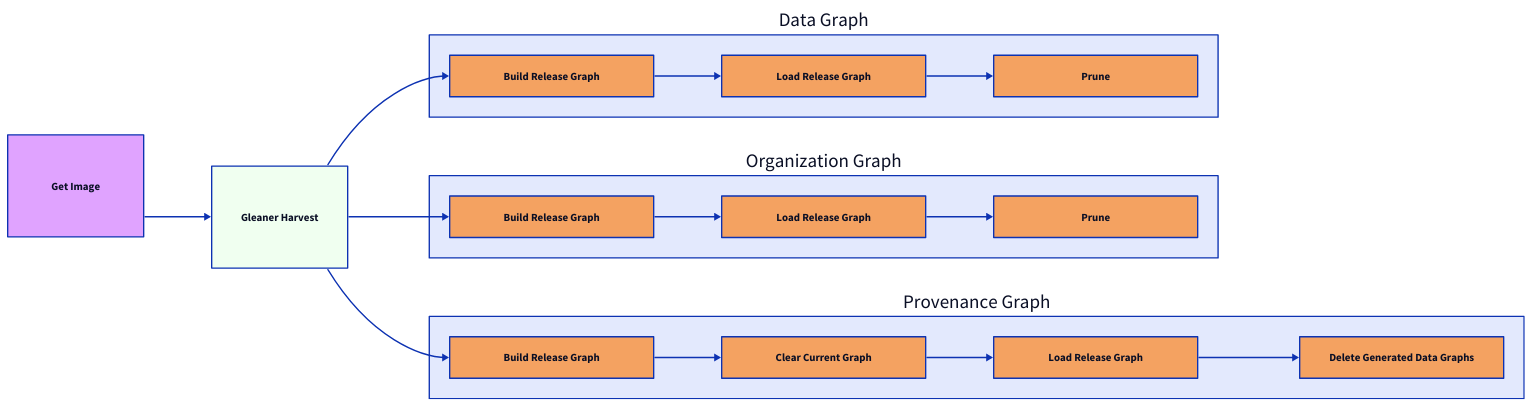
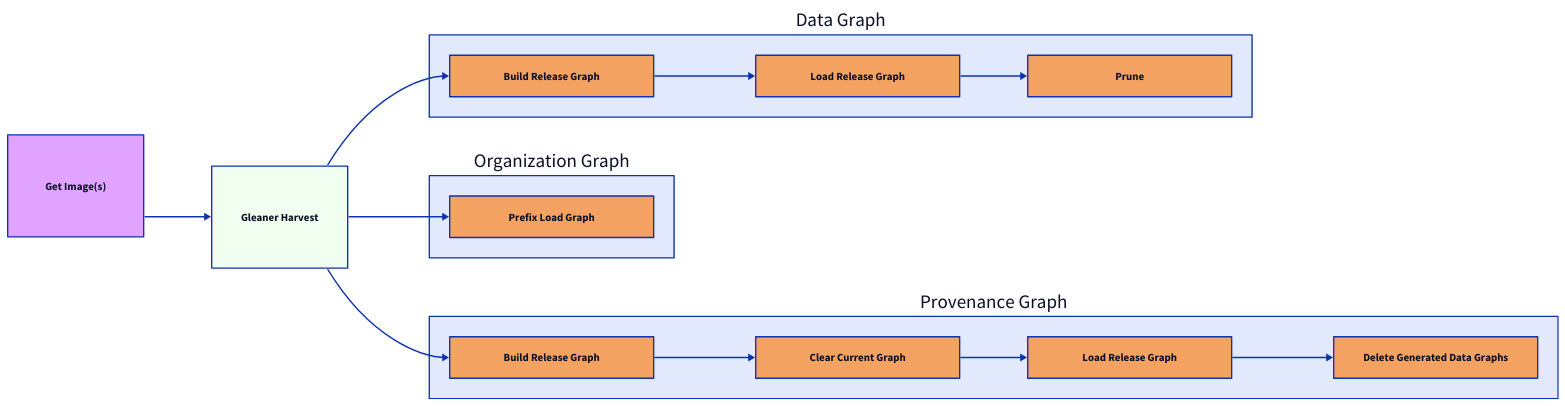
One commit to gleanerio/nabu changed the diagram in docs/images/workflow.d2. Above: the diagram before and after it, drawn with D2. The commit also changed 26 other files, not shown here.

```diff
--- a/docs/images/workflow.d2
+++ b/docs/images/workflow.d2
@@ -1,75 +1,77 @@
 direction: right
 
 
-gi: Get Image {
+gi: Get Image(s) {
     style.fill: "#e0a3ff"
     width: 200
     height: 150
 }
 
 g: Gleaner Harvest {
     style.fill: honeydew
     width: 200
     height: 150
 }
 
 data: Data Graph {
     dr: Build Release Graph {
        style.fill: "#f4a261"
        width: 300
     }
     udr: Load Release Graph {
        style.fill: "#f4a261"
        width: 300
      }
 
     dp: Prune {
         style.fill: "#f4a261"
         width: 300
     }
 }
 
 org: Organization Graph {
-    or: Build Release Graph {
+    or: Prefix Load Graph {
         style.fill: "#f4a261"
         width: 300
     }
 
-    uor: Load Release Graph {
-        style.fill: "#f4a261"
-        width: 300
-    }
+   # uor: Load Release Graph {
+   #     style.fill: "#f4a261"
+   #     width: 300
+   # }
 
-    op:  Prune {
-        style.fill: "#f4a261"
-        width: 300
-    }
+   # op:  Prune {
+   #     style.fill: "#f4a261"
+   #     width: 300
+   # }
+
+    # org.or -> org.uor -> org.op
+
 }
 
 prov: Provenance Graph {
     pr: Build Release Graph {
         style.fill: "#f4a261"
         width: 300
     }
     dpg: Clear Current Graph{
         style.fill: "#f4a261"
         width: 300
     }
    upr:  Load Release Graph {
         style.fill: "#f4a261"
         width: 300
     }
     dpp: Delete Generated Data Graphs {
         style.fill: "#f4a261"
         width: 300
     }
 }
 
 gi -> g
 g -> org.or
 g -> data.dr
 g -> prov.pr
 
 data.dr -> data.udr -> data.dp
-org.or -> org.uor -> org.op
 prov.pr -> prov.dpg -> prov.upr -> prov.dpp
```
